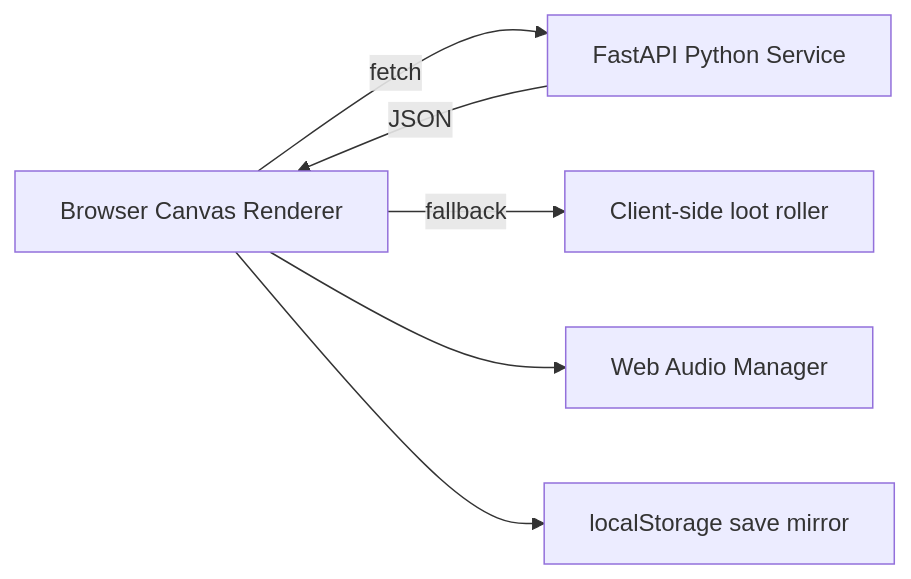
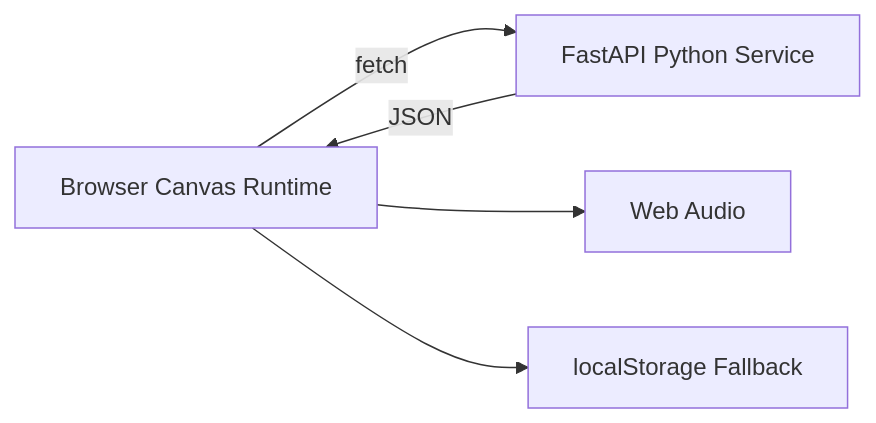
Before and after one commit to StrayDogSyn/Next-Chapter-Retro-Game: the diagram in README.md, drawn with Mermaid. The commit also changed other lines of this file and 3 other files, not shown here.

````diff
--- a/README.md
+++ b/README.md
@@ -76,8 +82,7 @@
 ```mermaid
 flowchart LR
-    A[Browser Canvas Renderer] -->|fetch| C[FastAPI Python Service]
-    C -->|JSON| A
-    A -->|fallback| D[Client-side loot roller]
-    A --> E[Web Audio Manager]
-    A --> F[localStorage save mirror]
+    A[Browser Canvas Runtime] -->|fetch| B[FastAPI Python Service]
+    B -->|JSON| A
+    A --> C[Web Audio]
+    A --> D[localStorage Fallback]
 ```
````
